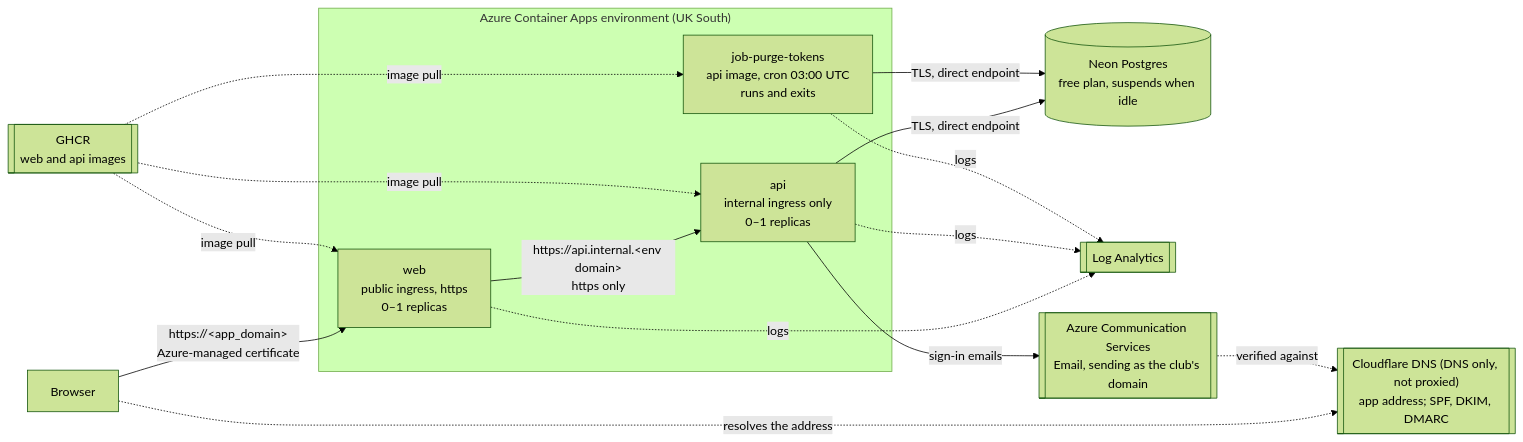
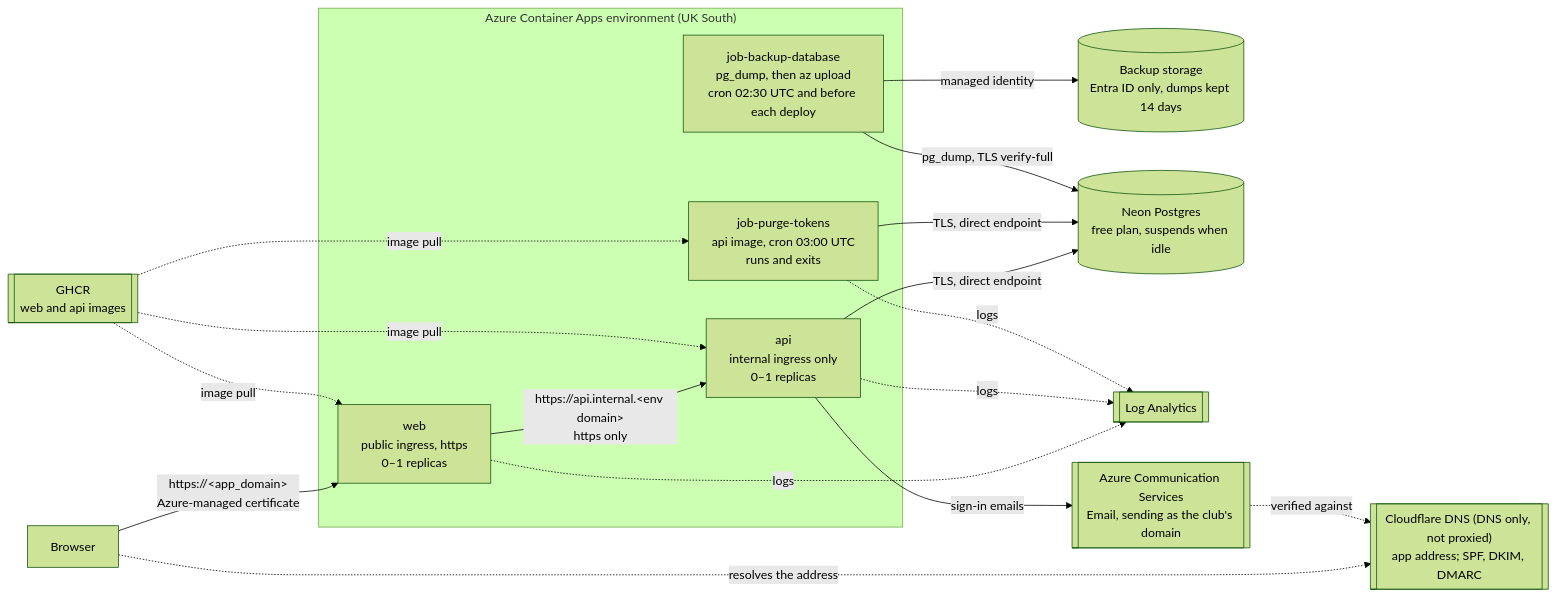
Before and after one commit to l1em1on1/social-tennis: the seventh of 11 diagrams in docs/architecture.md, drawn with Mermaid (forest theme). The commit also changed other lines of this file and 8 other files, not shown here.

First line of the commit message:
Database backups: a nightly dump, and one before each deploy (#137) (#165)

````diff
--- a/docs/architecture.md
+++ b/docs/architecture.md
@@ -303,24 +303,28 @@
 ```mermaid
 flowchart LR
     B[Browser]
     subgraph aca ["Azure Container Apps environment (UK South)"]
         W["web<br/>public ingress, https<br/>0–1 replicas"]
         A["api<br/>internal ingress only<br/>0–1 replicas"]
         J["job-purge-tokens<br/>api image, cron 03:00 UTC<br/>runs and exits"]
+        K["job-backup-database<br/>pg_dump, then az upload<br/>cron 02:30 UTC and before each deploy"]
     end
+    S[("Backup storage<br/>Entra ID only, dumps kept 14 days")]
     N[("Neon Postgres<br/>free plan, suspends when idle")]
     G[["GHCR<br/>web and api images"]]
     L[["Log Analytics"]]
     M[["Azure Communication Services<br/>Email, sending as the club's domain"]]
     C[["Cloudflare DNS (DNS only, not proxied)<br/>app address; SPF, DKIM, DMARC"]]
 
     B -->|"https://&lt;app_domain&gt;<br/>Azure-managed certificate"| W
     B -.->|"resolves the address"| C
     W -->|"https://api.internal.&lt;env domain&gt;<br/>https only"| A
     A -->|"TLS, direct endpoint"| N
     J -->|"TLS, direct endpoint"| N
+    K -->|"pg_dump, TLS verify-full"| N
+    K -->|"managed identity"| S
     G -.->|"image pull"| W & A & J
     W & A & J -.->|"logs"| L
     A -->|"sign-in emails"| M
     M -.->|"verified against"| C
 ```
````
